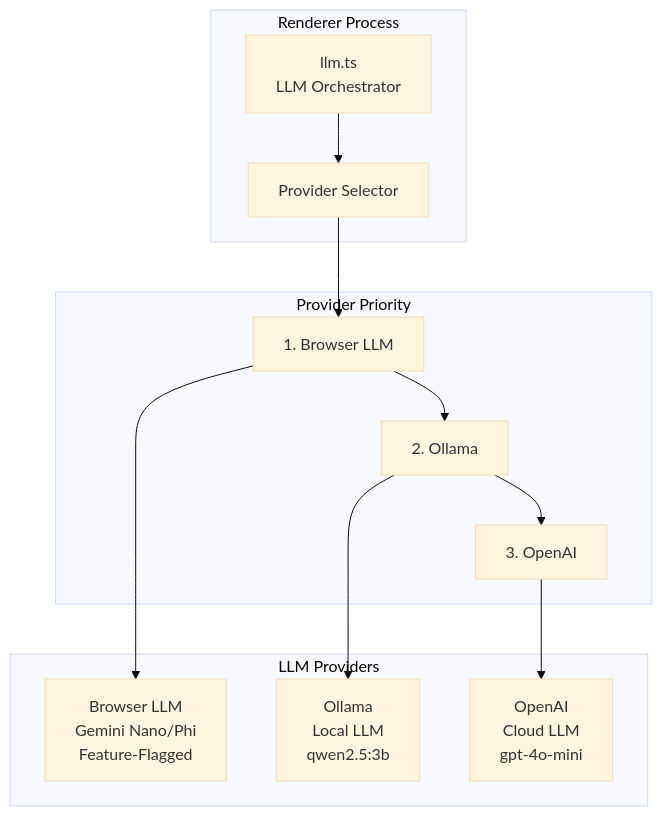
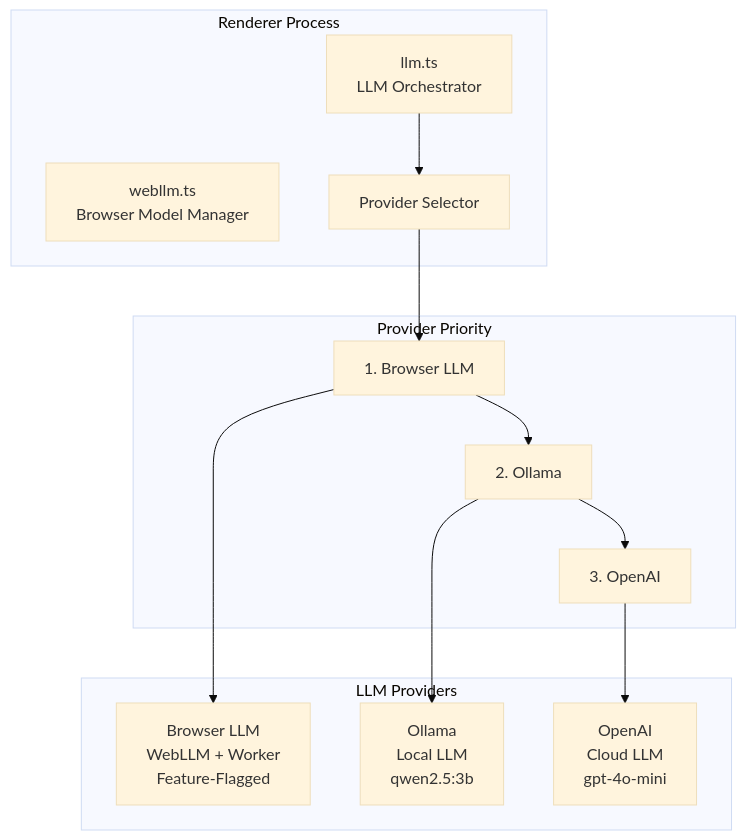
One commit to meharajM/ai-worker.app changed diagram 14 of 21 in architecture.md. Above: the diagram before and after it, drawn with Mermaid (base theme). The commit also changed other lines of this file and 10 other files, not shown here.

````diff
--- a/architecture.md
+++ b/architecture.md
@@ -509,27 +516,28 @@
 ```mermaid
 graph TB
     subgraph "Renderer Process"
         LLMLib[llm.ts<br/>LLM Orchestrator]
+        WebLLM[webllm.ts<br/>Browser Model Manager]
         ProviderSelector[Provider Selector]
     end
 
     subgraph "LLM Providers"
-        BrowserLLM[Browser LLM<br/>Gemini Nano/Phi<br/>Feature-Flagged]
+        BrowserLLM[Browser LLM<br/>WebLLM + Worker<br/>Feature-Flagged]
         Ollama[Ollama<br/>Local LLM<br/>qwen2.5:3b]
         OpenAI[OpenAI<br/>Cloud LLM<br/>gpt-4o-mini]
     end
 
     subgraph "Provider Priority"
         Priority1[1. Browser LLM]
         Priority2[2. Ollama]
         Priority3[3. OpenAI]
     end
 
     LLMLib --> ProviderSelector
     ProviderSelector --> Priority1
     Priority1 --> BrowserLLM
     Priority1 --> Priority2
     Priority2 --> Ollama
     Priority2 --> Priority3
     Priority3 --> OpenAI
 ```
````
